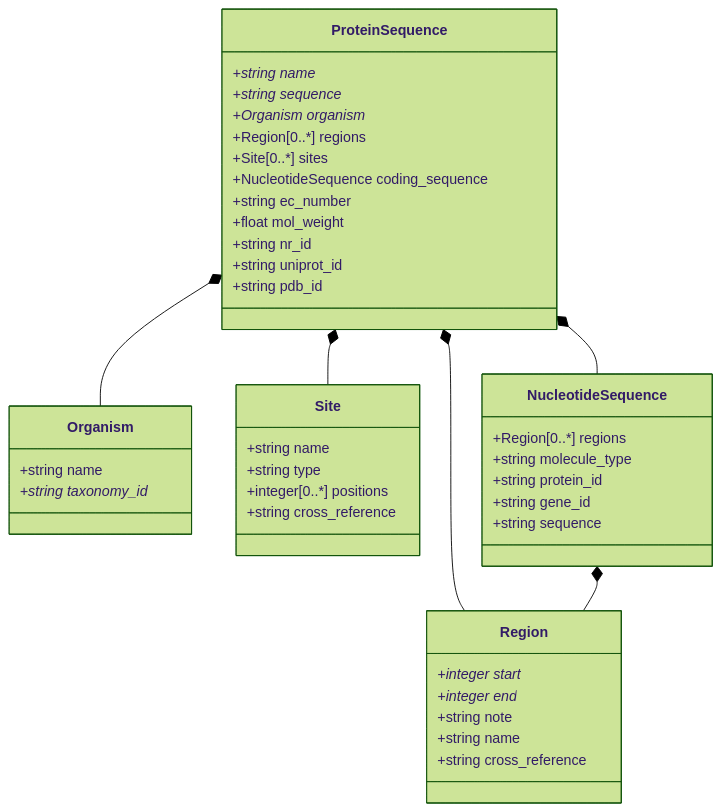
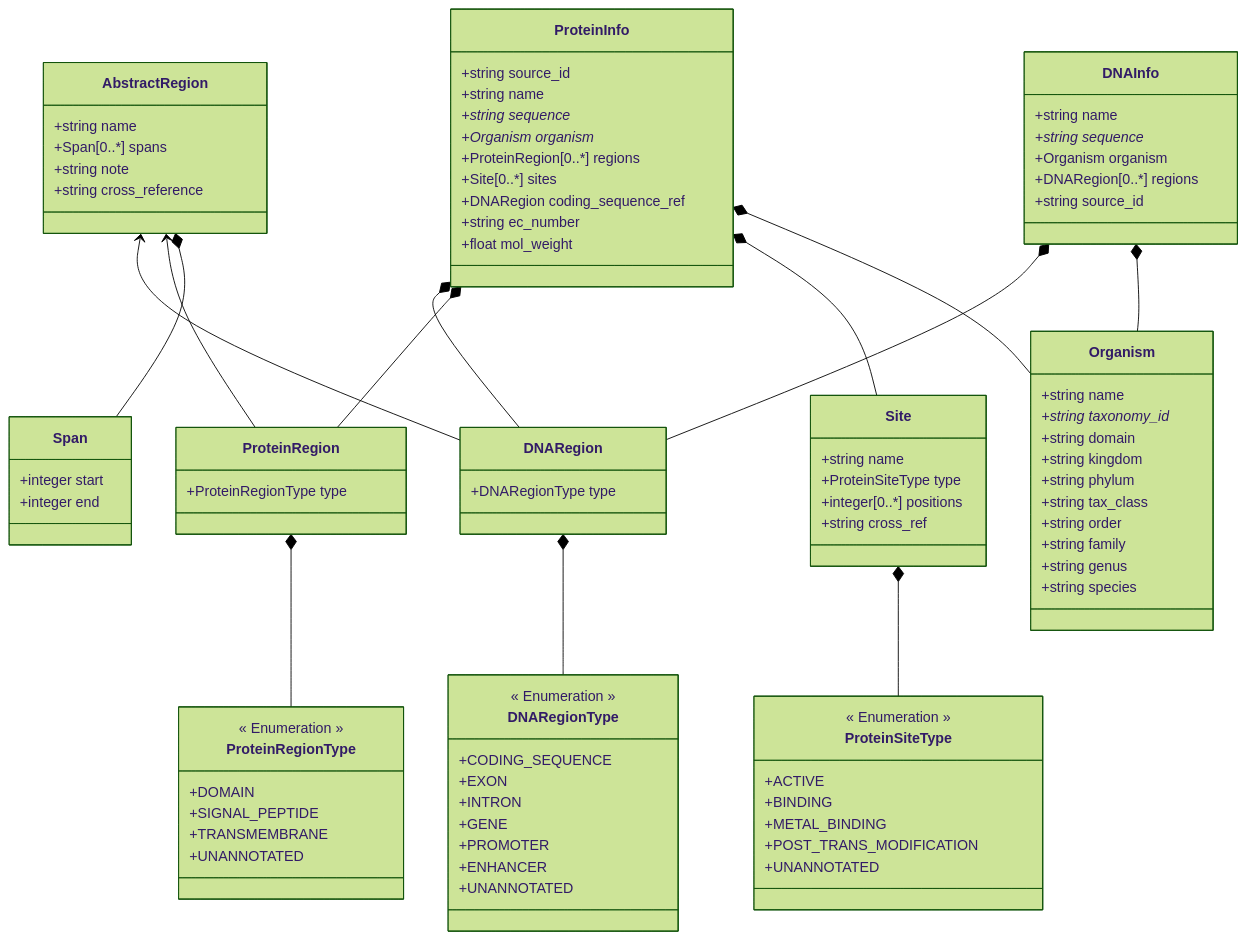
Before and after one commit to PyEED/pyeed: the diagram in pyEED/schemes/pyeed_schema.md, drawn with Mermaid (forest theme). The commit also changed 27 other files, not shown here.

````diff
--- a/pyEED/schemes/pyeed_schema.md
+++ b/pyEED/schemes/pyeed_schema.md
@@ -1,51 +1,104 @@
 ```mermaid
 classDiagram
-    ProteinSequence *-- Organism
-    ProteinSequence *-- Region
-    ProteinSequence *-- Site
-    ProteinSequence *-- NucleotideSequence
-    NucleotideSequence *-- Region
+    AbstractRegion <-- DNARegion
+    AbstractRegion <-- ProteinRegion
+    ProteinInfo *-- DNARegion
+    ProteinInfo *-- ProteinRegion
+    ProteinInfo *-- Site
+    ProteinInfo *-- Organism
+    DNAInfo *-- DNARegion
+    DNAInfo *-- Organism
+    AbstractRegion *-- Span
+    DNARegion *-- DNARegionType
+    ProteinRegion *-- ProteinRegionType
+    Site *-- ProteinSiteType
     
-    class ProteinSequence {
-        +string name*
+    class ProteinInfo {
+        +string source_id
+        +string name
         +string sequence*
         +Organism organism*
-        +Region[0..*] regions
+        +ProteinRegion[0..*] regions
         +Site[0..*] sites
-        +NucleotideSequence coding_sequence
+        +DNARegion coding_sequence_ref
         +string ec_number
         +float mol_weight
-        +string nr_id
-        +string uniprot_id
-        +string pdb_id
+    }
+    
+    class DNAInfo {
+        +string name
+        +string sequence*
+        +Organism organism
+        +DNARegion[0..*] regions
+        +string source_id
+    }
+    
+    class AbstractRegion {
+        +string name
+        +Span[0..*] spans
+        +string note
+        +string cross_reference
+    }
+    
+    class DNARegion {
+        +DNARegionType type
+    }
+    
+    class ProteinRegion {
+        +ProteinRegionType type
+    }
+    
+    class Span {
+        +integer start
+        +integer end
+    }
+    
+    class Site {
+        +string name
+        +ProteinSiteType type
+        +integer[0..*] positions
+        +string cross_ref
     }
     
     class Organism {
         +string name
         +string taxonomy_id*
+        +string domain
+        +string kingdom
+        +string phylum
+        +string tax_class
+        +string order
+        +string family
+        +string genus
+        +string species
     }
     
-    class Region {
-        +integer start*
-        +integer end*
-        +string note
-        +string name
-        +string cross_reference
+    class ProteinSiteType {
+        << Enumeration >>
+        +ACTIVE
+        +BINDING
+        +METAL_BINDING
+        +POST_TRANS_MODIFICATION
+        +UNANNOTATED
     }
     
-    class Site {
-        +string name
-        +string type
-        +integer[0..*] positions
-        +string cross_reference
+    class DNARegionType {
+        << Enumeration >>
+        +CODING_SEQUENCE
+        +EXON
+        +INTRON
+        +GENE
+        +PROMOTER
+        +ENHANCER
+        +UNANNOTATED
     }
     
-    class NucleotideSequence {
-        +Region[0..*] regions
-        +string molecule_type
-        +string protein_id
-        +string gene_id
-        +string sequence
+    class ProteinRegionType {
+        << Enumeration >>
+        +DOMAIN
+        +SIGNAL_PEPTIDE
+        +TRANSMEMBRANE
+        +UNANNOTATED
     }
     
 ```
````
